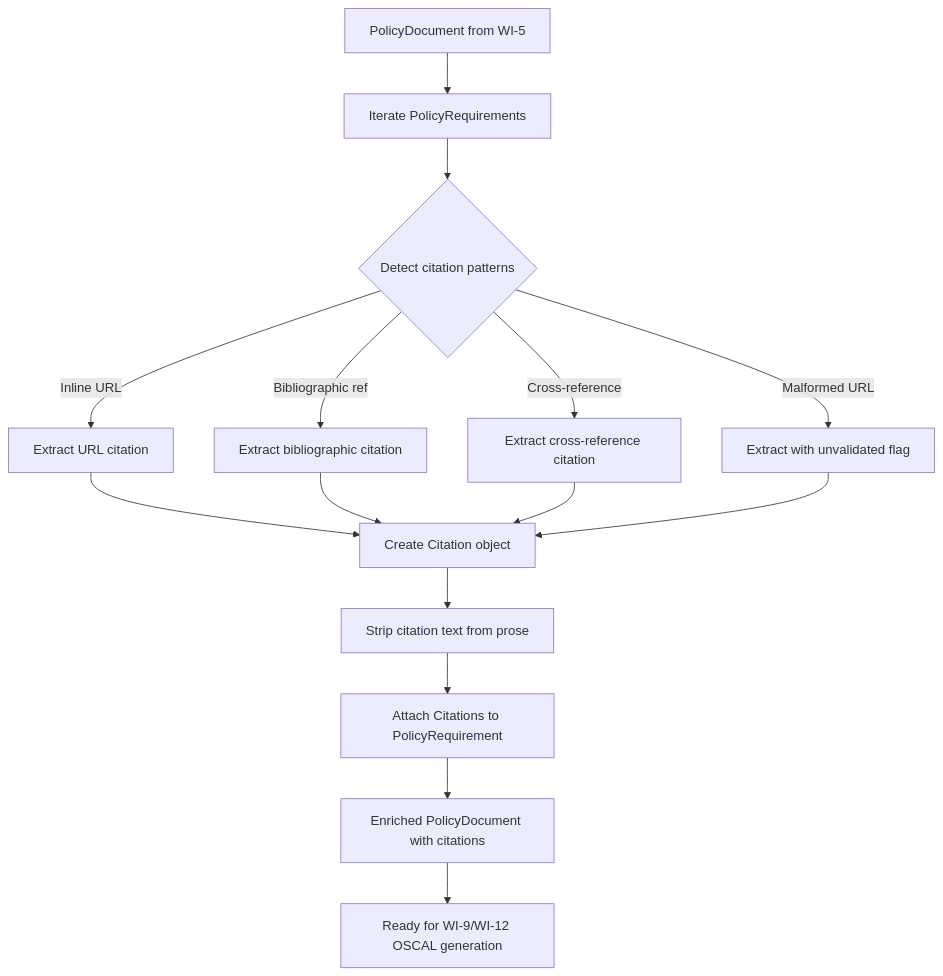
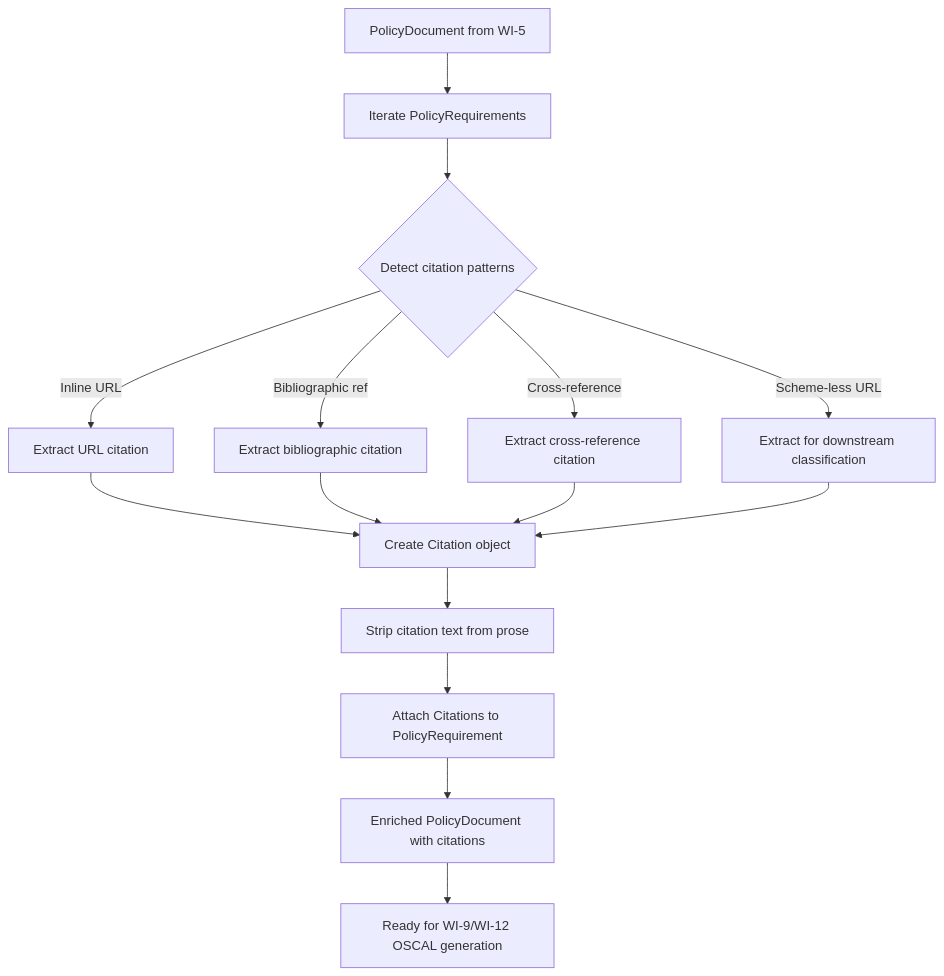
One commit to policy-forge/forge changed the first of 3 diagrams in docs/PRD/008-prd-citation-extraction.md. Above: the diagram before and after it, drawn with Mermaid. The commit also changed other lines of this file and 5 other files, not shown here.

````diff
--- a/docs/PRD/008-prd-citation-extraction.md
+++ b/docs/PRD/008-prd-citation-extraction.md
@@ -183,17 +183,17 @@
 ```mermaid
 flowchart TD
     A[PolicyDocument from WI-5] --> B[Iterate PolicyRequirements]
     B --> C{Detect citation patterns}
     C -->|Inline URL| D[Extract URL citation]
     C -->|Bibliographic ref| E[Extract bibliographic citation]
     C -->|Cross-reference| F[Extract cross-reference citation]
-    C -->|Malformed URL| G[Extract with unvalidated flag]
+    C -->|Scheme-less URL| G[Extract for downstream classification]
     D --> H[Create Citation object]
     E --> H
     F --> H
     G --> H
     H --> I[Strip citation text from prose]
     I --> J[Attach Citations to PolicyRequirement]
     J --> K[Enriched PolicyDocument with citations]
     K --> L[Ready for WI-9/WI-12 OSCAL generation]
 ```
````
